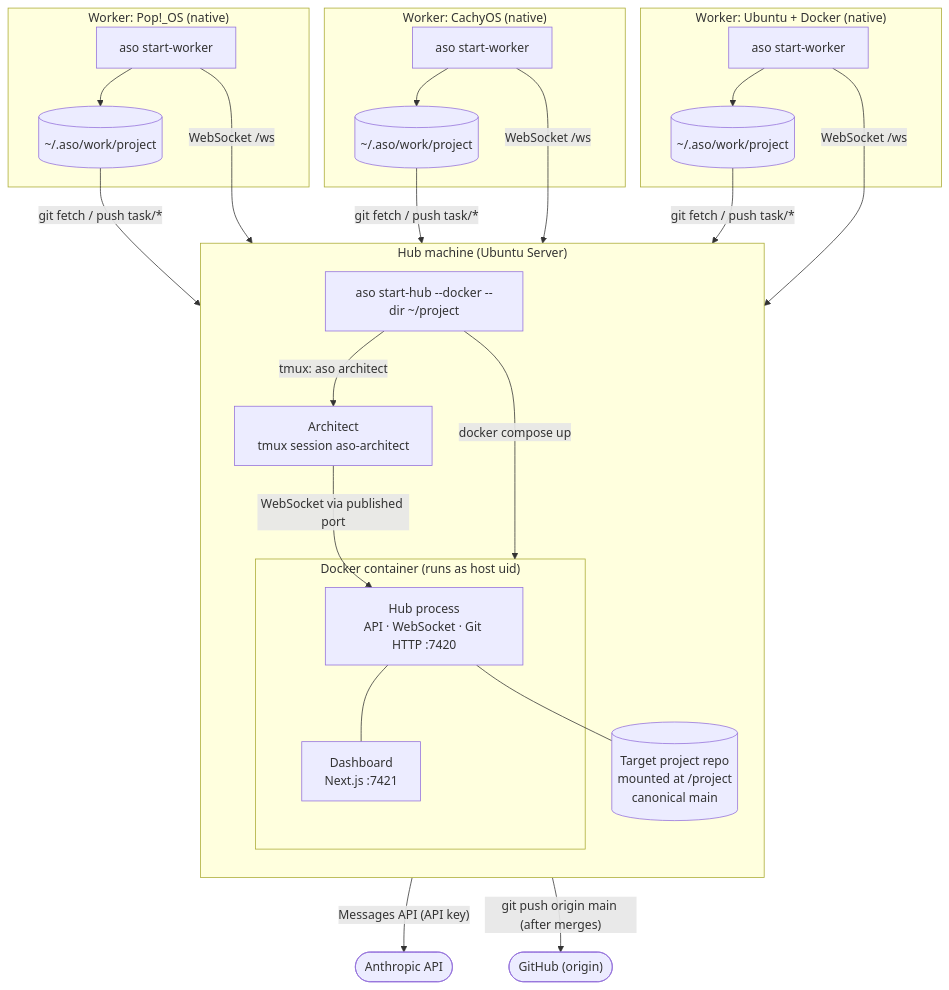
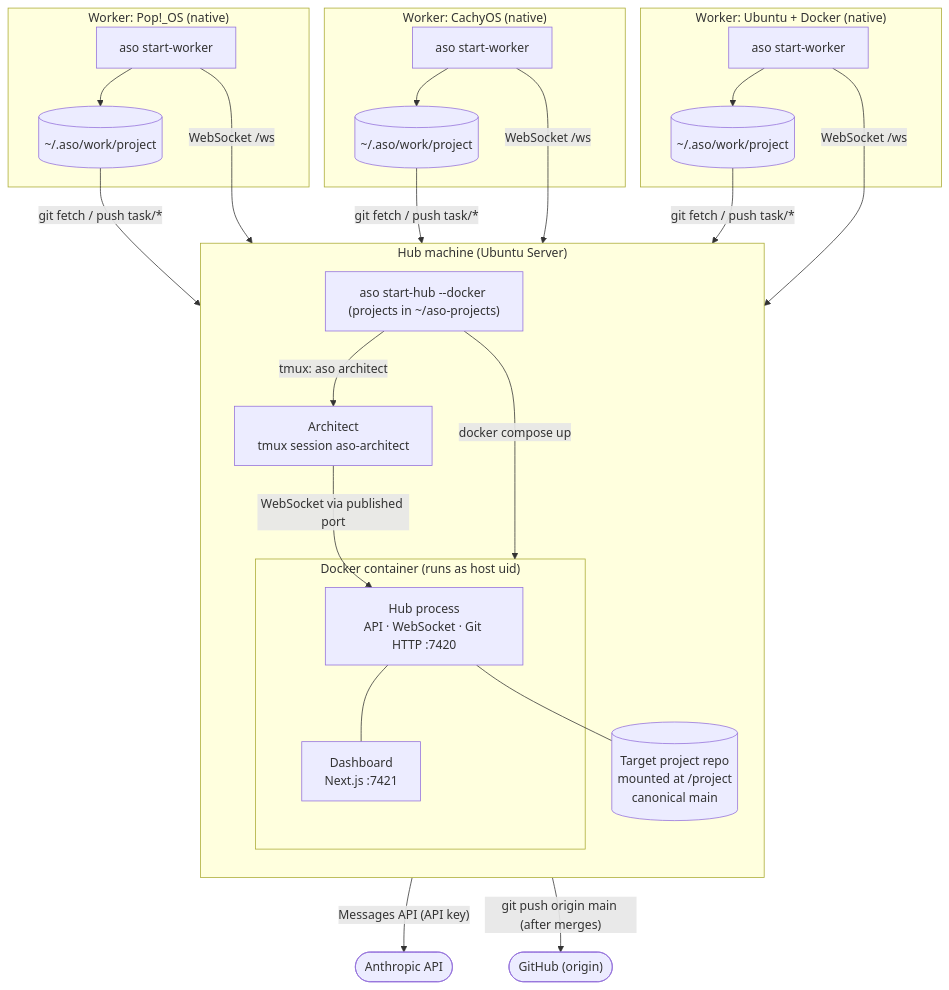
One commit to Sys64k/ai-swarm-orchestrator changed the first of 16 diagrams in ARCHITECTURE.md. Above: the diagram before and after it, drawn with Mermaid. The commit also changed other lines of this file and 26 other files, not shown here.

First line of the commit message:
feat: run several projects from one Hub

````diff
--- a/ARCHITECTURE.md
+++ b/ARCHITECTURE.md
@@ -40,37 +41,37 @@
 ```mermaid
 flowchart TB
   subgraph HUBM["Hub machine (Ubuntu Server)"]
     direction TB
-    CLIH["aso start-hub --docker --dir ~/project"]
+    CLIH["aso start-hub --docker (projects in ~/aso-projects)"]
     subgraph CTR["Docker container (runs as host uid)"]
       HUB["Hub process<br/>API · WebSocket · Git HTTP :7420"]
       DASH["Dashboard<br/>Next.js :7421"]
       HUB --- DASH
     end
     ARCH["Architect<br/>tmux session aso-architect"]
     REPO[("Target project repo<br/>mounted at /project<br/>canonical main")]
     CLIH -- "docker compose up" --> CTR
     CLIH -- "tmux: aso architect" --> ARCH
     HUB --- REPO
     ARCH -- "WebSocket via published port" --> HUB
   end
 
   subgraph W1["Worker: Pop!_OS (native)"]
     WA["aso start-worker"] --> WA_CO[("~/.aso/work/project")]
   end
   subgraph W2["Worker: CachyOS (native)"]
     WB["aso start-worker"] --> WB_CO[("~/.aso/work/project")]
   end
   subgraph W3["Worker: Ubuntu + Docker (native)"]
     WC["aso start-worker"] --> WC_CO[("~/.aso/work/project")]
   end
 
   WA -- "WebSocket /ws" --> HUB
   WB -- "WebSocket /ws" --> HUB
   WC -- "WebSocket /ws" --> HUB
   WA_CO -- "git fetch / push task/*" --> HUB
   WB_CO -- "git fetch / push task/*" --> HUB
   WC_CO -- "git fetch / push task/*" --> HUB
   HUB -- "Messages API (API key)" --> EXT(["Anthropic API"])
   HUB -- "git push origin main (after merges)" --> GH(["GitHub (origin)"])
 ```
````
